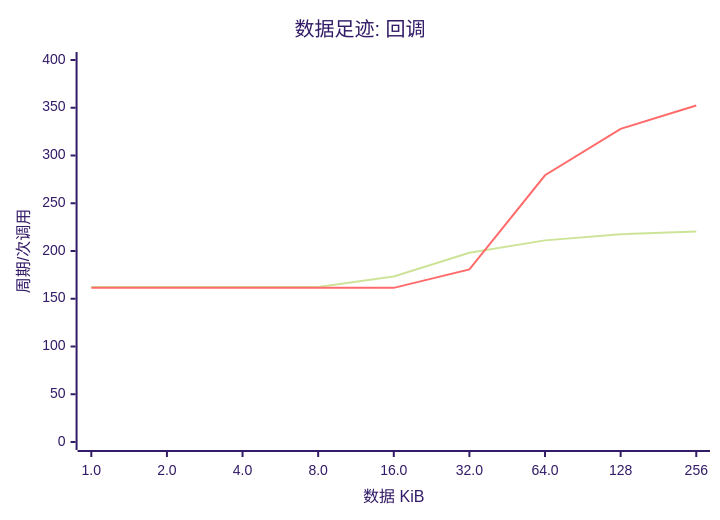
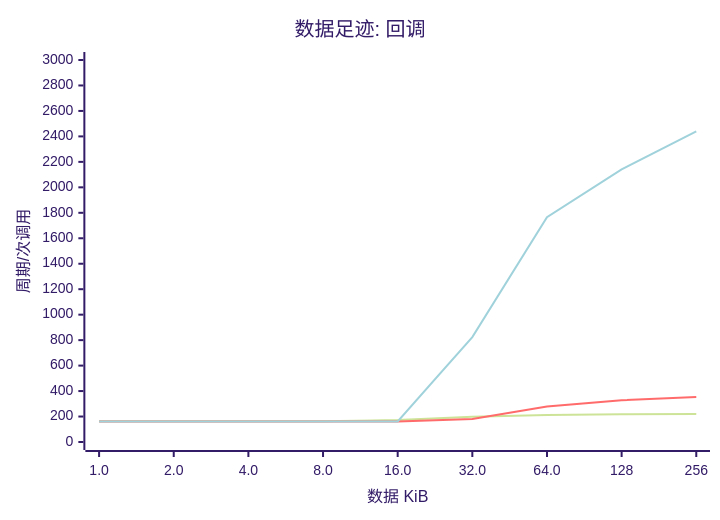
One commit to FASTSHIFT/cachecliff changed the third of 4 diagrams in docs/examples/h743-vs-rt1176.md. Above: the diagram before and after it, drawn with Mermaid (forest theme). The commit also changed other lines of this file and 3 other files, not shown here.

````diff
--- a/docs/examples/h743-vs-rt1176.md
+++ b/docs/examples/h743-vs-rt1176.md
@@ -79,8 +93,9 @@
 ```mermaid
 xychart-beta
     title "数据足迹: 回调"
     x-axis "数据 KiB" ["1.0", "2.0", "4.0", "8.0", "16.0", "32.0", "64.0", "128", "256"]
-    y-axis "周期/次调用" 0 --> 400
+    y-axis "周期/次调用" 0 --> 3000
     line [162.192, 162.22, 162.231, 162.255, 173.349, 198.169, 211.126, 217.597, 220.484]
     line [161.412, 161.392, 161.422, 161.422, 161.402, 180.774, 279.318, 327.903, 352.435]
+    line [161.81, 161.85, 161.79, 161.8, 161.79, 824.2, 1764.8, 2141.04, 2439.55]
 ```
````
